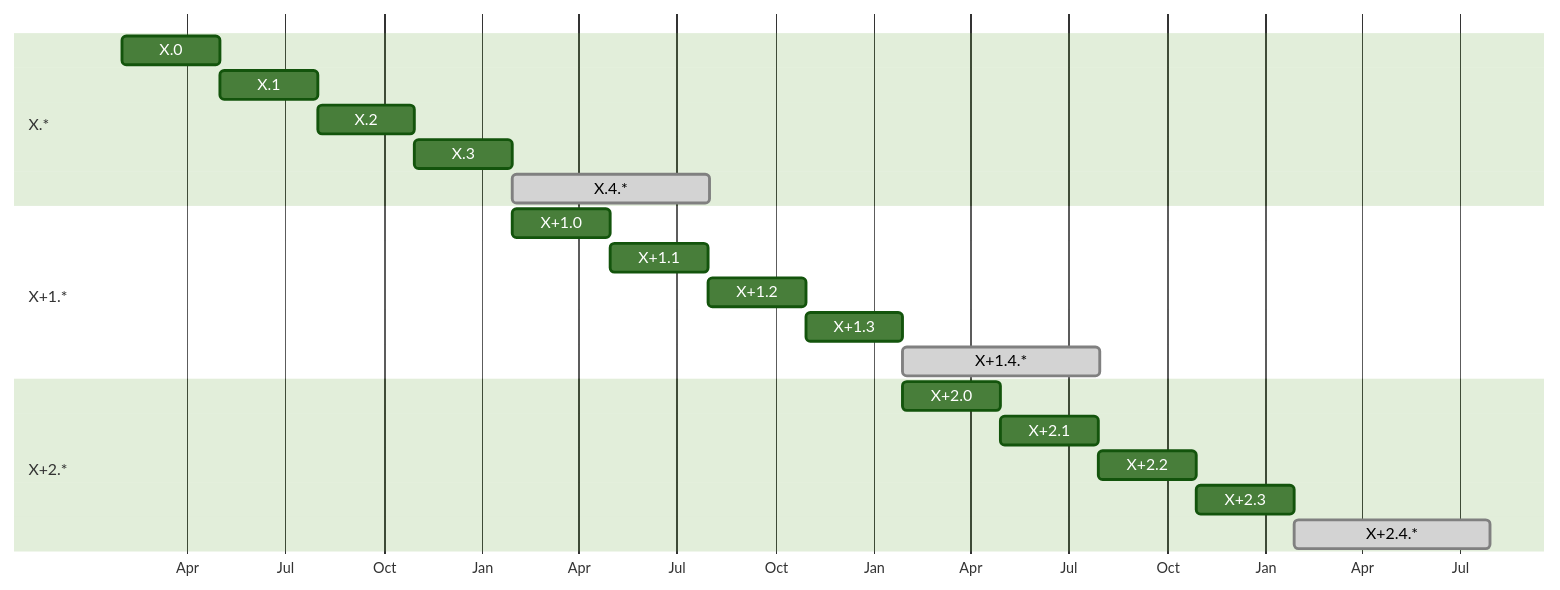
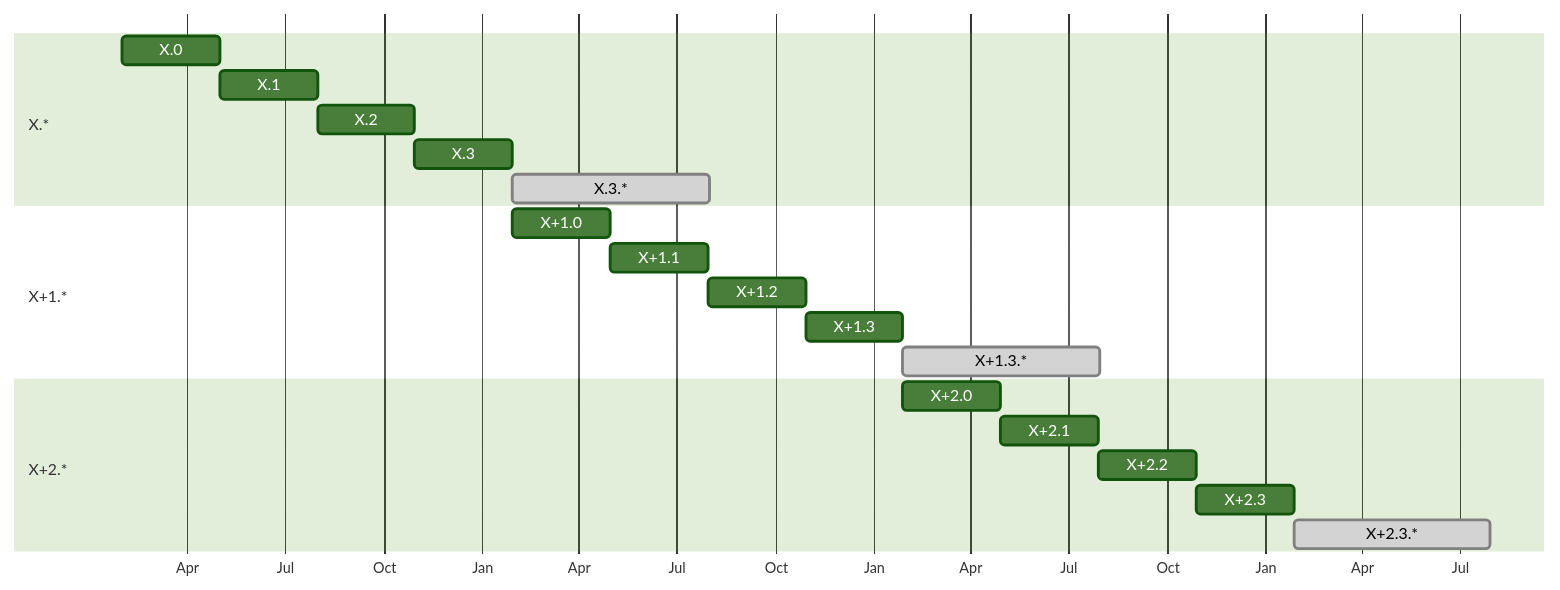
One commit to Qiskit/RFCs changed the third of 4 diagrams in ####-release_cycle.md. Above: the diagram before and after it, drawn with Mermaid (forest theme). The commit also changed other lines of this file, not shown here.

````diff
--- a/####-release_cycle.md
+++ b/####-release_cycle.md
@@ -125,25 +120,25 @@
 ```mermaid
 gantt
     dateFormat  YYYY-MM-DD
     tickInterval 3month
     todayMarker off
     axisFormat %b
     section X.*
     X.0   :rX0Y0, 2024-01-31, 91d
     X.1   :rX0Y1, after rX0Y0, 91d
     X.2   :rX0Y2, after rX0Y1, 91d
     X.3   :rX0Y3, after rX0Y2, 91d
-    X.4.*   :done, X0Y3s, after rX0Y3, 183d
+    X.3.*   :done, X0Y3s, after rX0Y3, 183d
     section X+1.*
     X+1.0    :rX1Y0, after rX0Y3, 91d
     X+1.1    :rX1Y1, after rX1Y0, 91d
     X+1.2    :rX1Y2, after rX1Y1, 91d
     X+1.3    :rX1Y3, after rX1Y2, 91d
-    X+1.4.*  :done, rX1Y3s, after rX1Y3, 183d
+    X+1.3.*  :done, rX1Y3s, after rX1Y3, 183d
     section X+2.*
     X+2.0    :rX2Y0, after rX1Y3, 91d
     X+2.1    :rX2Y1, after rX2Y0, 91d
     X+2.2    :rX2Y2, after rX2Y1, 91d
     X+2.3    :rX2Y3, after rX2Y2, 91d
-    X+2.4.*  :done, rX2Y3s, after rX2Y3, 183d
+    X+2.3.*  :done, rX2Y3s, after rX2Y3, 183d
 ```
````
